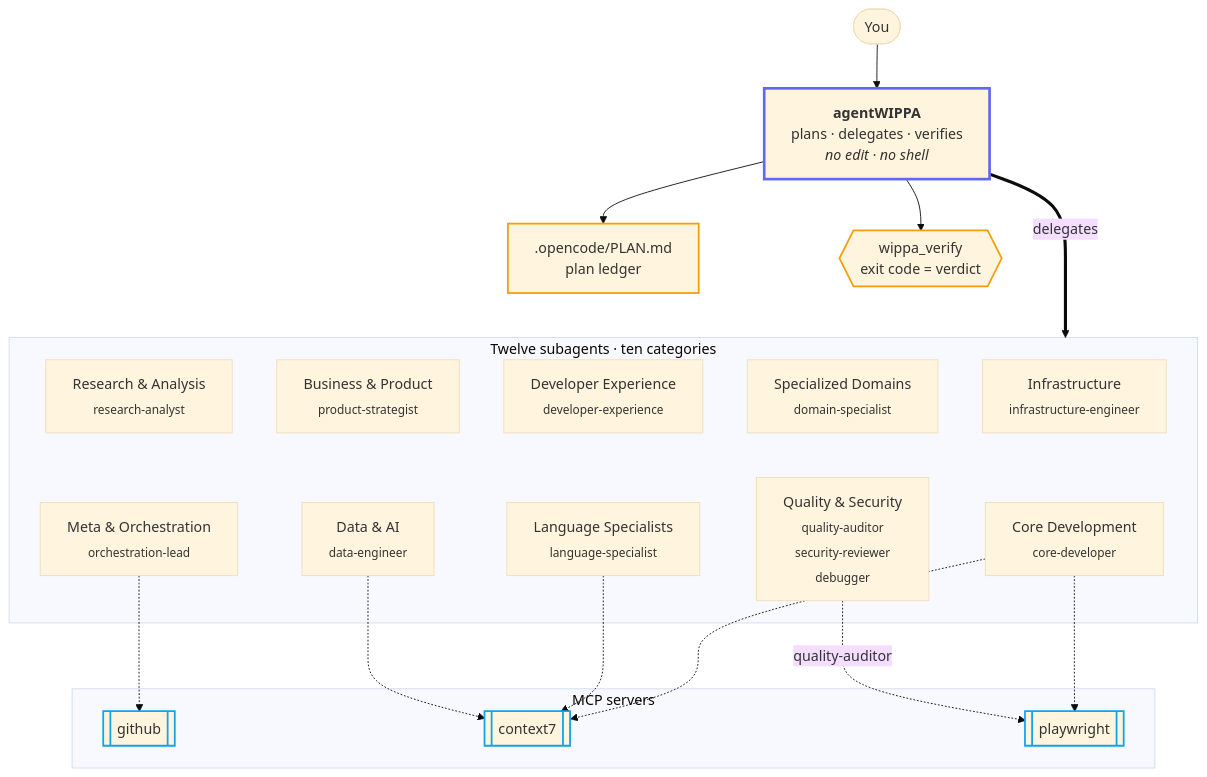
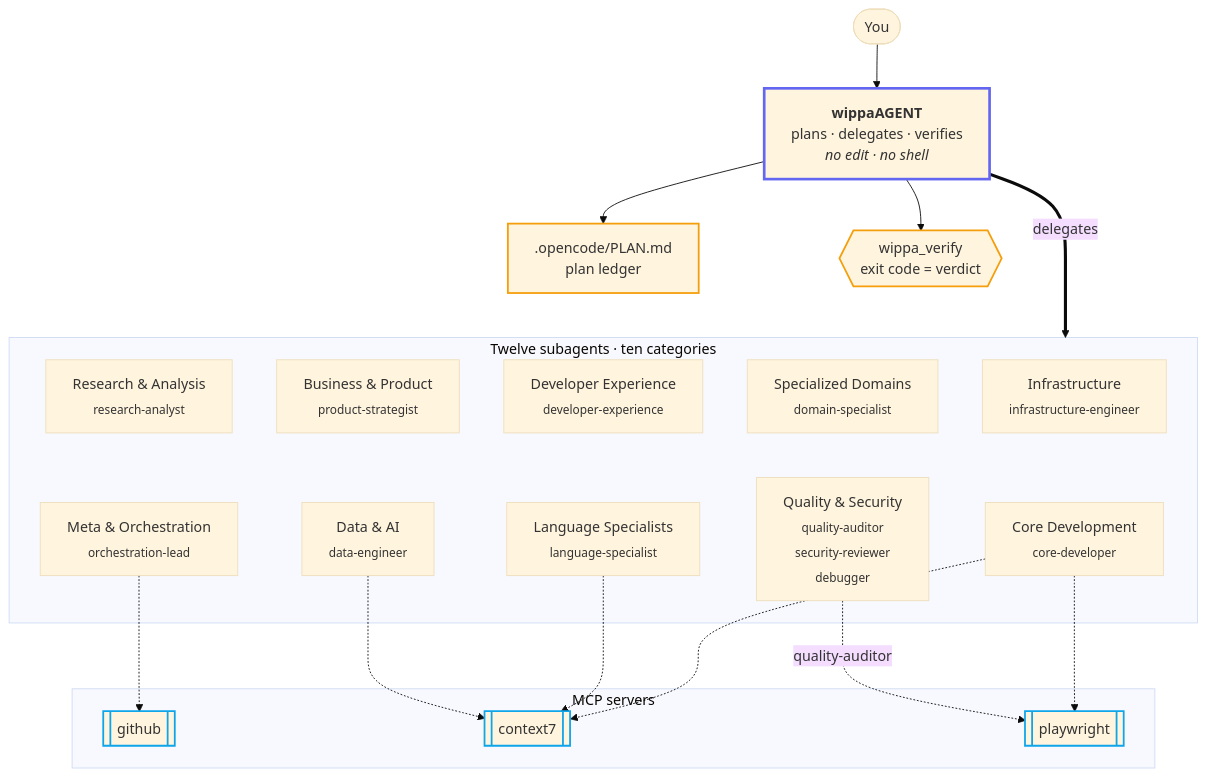
The first of 3 diagrams in README.md (wippa-studios/wippaAGENT), drawn with Mermaid (base theme) before and after one commit. The commit also changed other lines of this file and 18 other files, not shown here.

First line of the commit message:
P0: complete wippaAGENT rename, add claims gate and CI product-surface checks (#2)

````diff
--- a/README.md
+++ b/README.md
@@ -92,56 +92,56 @@
 ```mermaid
 %% The ~~~ links at the end are layout-only and carry no meaning: they keep the roster
 %% in two rows and the server row below it. Roster cards list the agent ids in a category.
 flowchart TB
-    U([You]) --> O["<b>agentWIPPA</b><br/>plans · delegates · verifies<br/><i>no edit · no shell</i>"]
+    U([You]) --> O["<b>wippaAGENT</b><br/>plans · delegates · verifies<br/><i>no edit · no shell</i>"]
 
     L[".opencode/PLAN.md<br/>plan ledger"]
     V{{"wippa_verify<br/>exit code = verdict"}}
     O --> L
     O --> V
 
     subgraph ROSTER["Twelve subagents · ten categories"]
         N1["Infrastructure<br/><sub>infrastructure-engineer</sub>"]
         N2["Developer Experience<br/><sub>developer-experience</sub>"]
         N3["Specialized Domains<br/><sub>domain-specialist</sub>"]
         N4["Business &amp; Product<br/><sub>product-strategist</sub>"]
         N5["Research &amp; Analysis<br/><sub>research-analyst</sub>"]
         T1["Core Development<br/><sub>core-developer</sub>"]
         T2["Language Specialists<br/><sub>language-specialist</sub>"]
         T3["Quality &amp; Security<br/><sub>quality-auditor<br/>security-reviewer<br/>debugger</sub>"]
         T4["Data &amp; AI<br/><sub>data-engineer</sub>"]
         T5["Meta &amp; Orchestration<br/><sub>orchestration-lead</sub>"]
     end
 
     subgraph MCP["MCP servers"]
         M1[["github"]]
         M2[["context7"]]
         M3[["playwright"]]
     end
 
     O ==>|delegates| ROSTER
 
     T5 -.-> M1
     T1 & T2 & T4 -.-> M2
     T1 -.-> M3
     T3 -.->|quality-auditor| M3
 
     %% layout only
     L ~~~ N1
     L ~~~ N2
     L ~~~ N3
     L ~~~ N4
     L ~~~ N5
     N1 ~~~ T1
     N2 ~~~ T2
     N3 ~~~ T3
     N4 ~~~ T4
     N5 ~~~ T5
 
     classDef primary stroke:#6366f1,stroke-width:3px
     classDef artefact stroke:#f59e0b,stroke-width:2px
     classDef server stroke:#0ea5e9,stroke-width:2px
     class O primary
     class L,V artefact
     class M1,M2,M3 server
 ```
````
